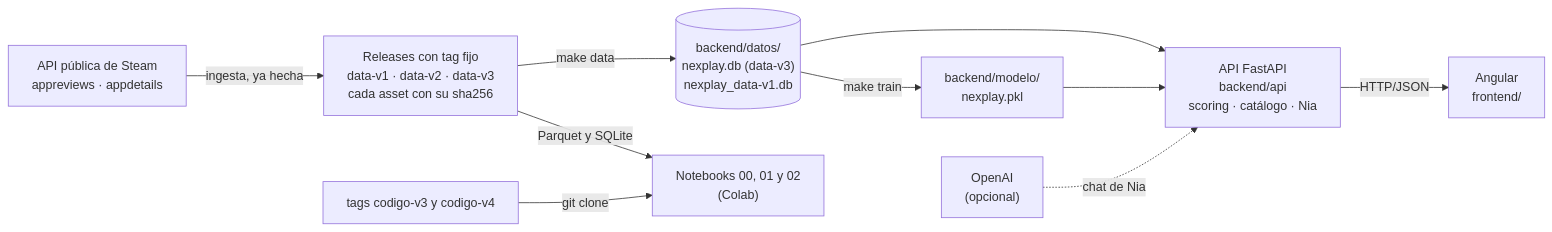
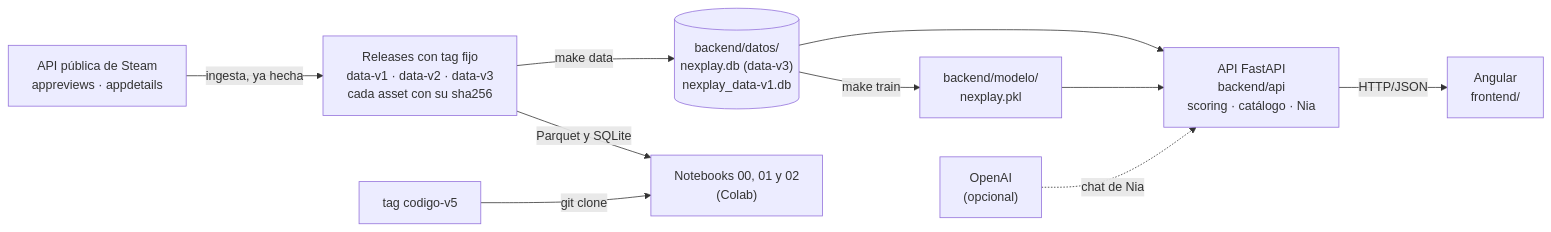
One commit to fernandoaxelramirezgomez-coder/nexplay changed the first of 2 diagrams in README.md. Above: the diagram before and after it, drawn with Mermaid. The commit also changed other lines of this file and 6 other files, not shown here.

````diff
--- a/README.md
+++ b/README.md
@@ -86,12 +86,12 @@
 ```mermaid
 flowchart LR
     steam["API pública de Steam<br/>appreviews · appdetails"] -->|ingesta, ya hecha| releases["Releases con tag fijo<br/>data-v1 · data-v2 · data-v3<br/>cada asset con su sha256"]
     releases -->|make data| datos[("backend/datos/<br/>nexplay.db (data-v3)<br/>nexplay_data-v1.db")]
     datos -->|make train| modelo["backend/modelo/<br/>nexplay.pkl"]
     datos --> api["API FastAPI<br/>backend/api<br/>scoring · catálogo · Nia"]
     modelo --> api
     openai["OpenAI<br/>(opcional)"] -.->|chat de Nia| api
     api -->|HTTP/JSON| web["Angular<br/>frontend/"]
     releases -->|Parquet y SQLite| nb["Notebooks 00, 01 y 02<br/>(Colab)"]
-    tag["tags codigo-v3 y codigo-v4"] -->|git clone| nb
+    tag["tag codigo-v5"] -->|git clone| nb
 ```
````
